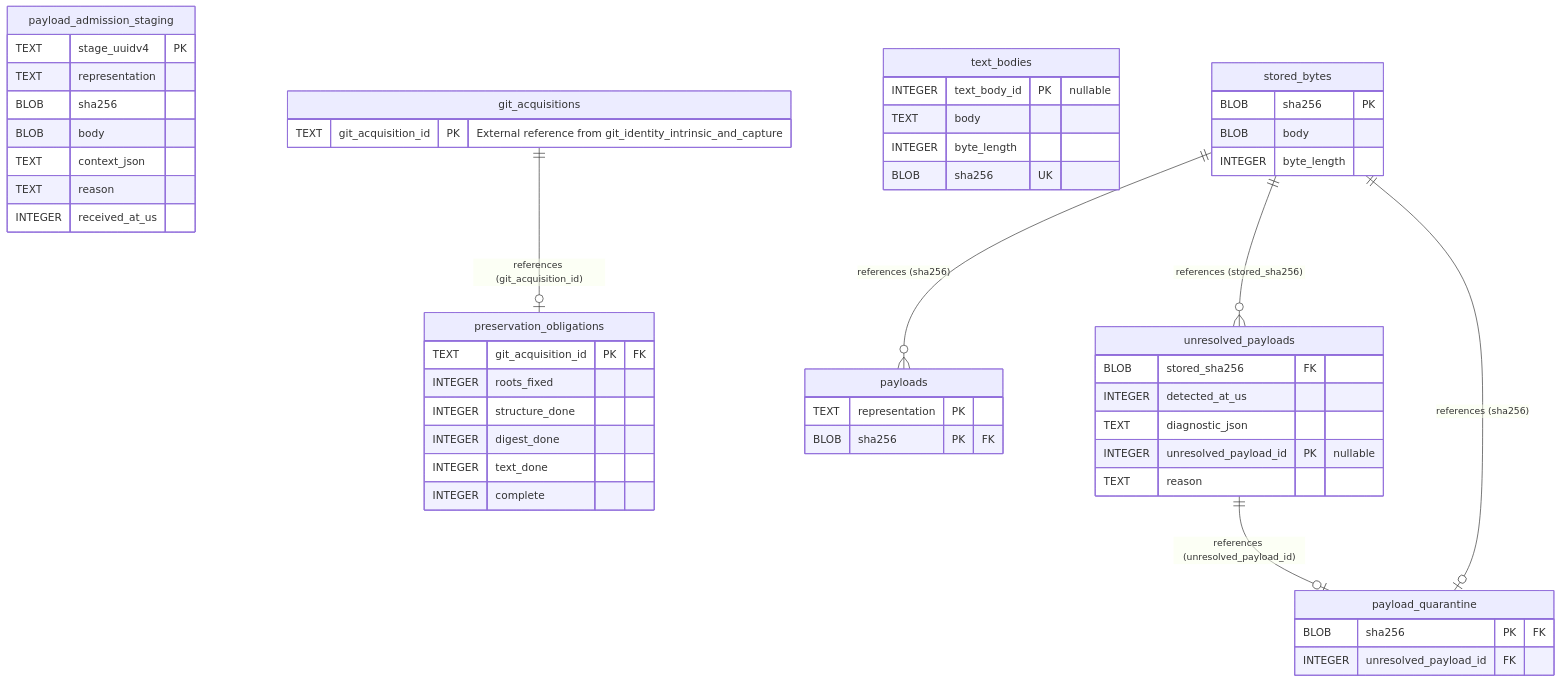
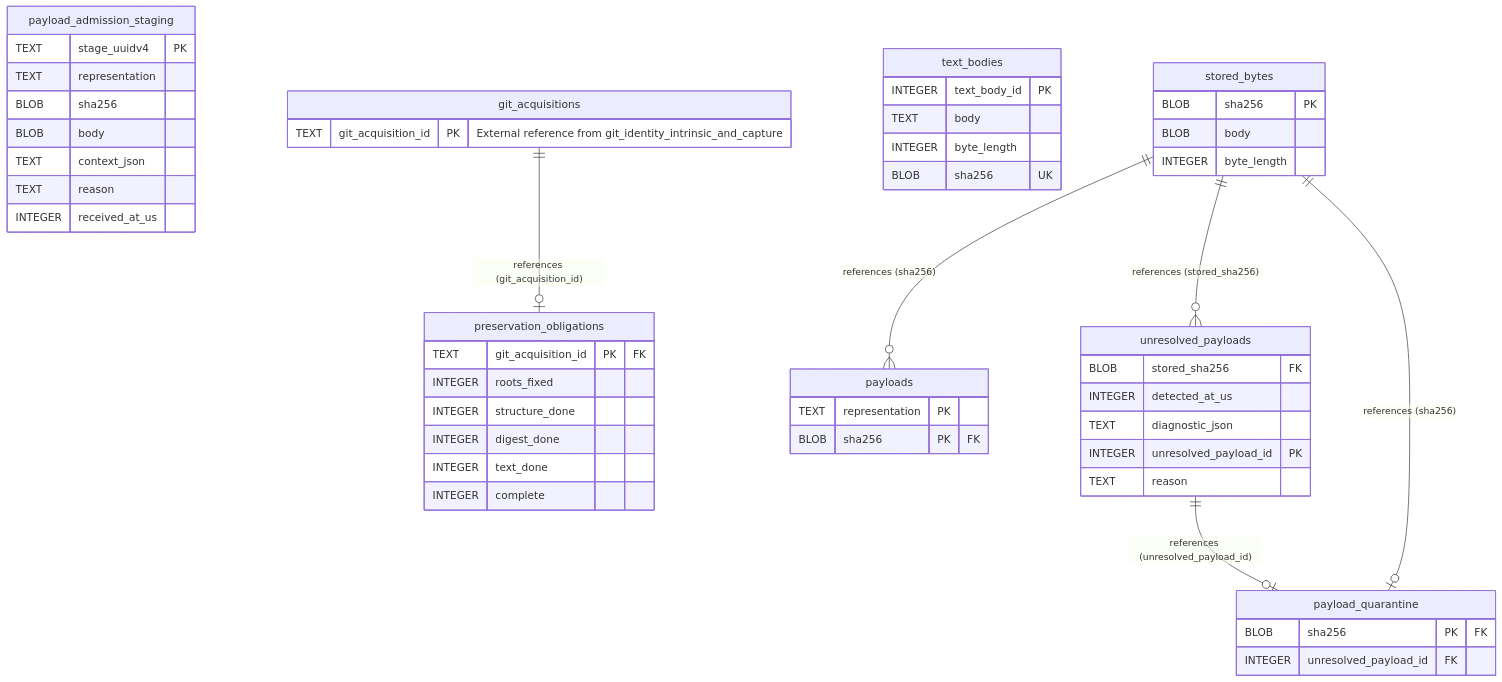
The diagram in docs/schema/mermaid/core-cas.md (TakashiSasaki/git-repo-db), drawn with Mermaid before and after one commit. The commit also changed 17 other files, not shown here.

First line of the commit message:
fix(schema): resolve generated columns, unique constraints, and mermaid cardinality defects (C1-C5)

````diff
--- a/docs/schema/mermaid/core-cas.md
+++ b/docs/schema/mermaid/core-cas.md
@@ -8,62 +8,62 @@
 ```mermaid
 erDiagram
     payload_admission_staging {
         TEXT stage_uuidv4 PK
         TEXT representation
         BLOB sha256
         BLOB body
         TEXT context_json
         TEXT reason
         INTEGER received_at_us
     }
 
     payload_quarantine {
         BLOB sha256 PK "FK"
         INTEGER unresolved_payload_id FK
     }
 
     payloads {
         TEXT representation PK
         BLOB sha256 PK "FK"
     }
 
     preservation_obligations {
         TEXT git_acquisition_id PK "FK"
         INTEGER roots_fixed
         INTEGER structure_done
         INTEGER digest_done
         INTEGER text_done
         INTEGER complete
     }
 
     stored_bytes {
         BLOB sha256 PK
         BLOB body
         INTEGER byte_length
     }
 
     text_bodies {
-        INTEGER text_body_id PK "nullable"
+        INTEGER text_body_id PK
         TEXT body
         INTEGER byte_length
         BLOB sha256 UK
     }
 
     unresolved_payloads {
         BLOB stored_sha256 FK
         INTEGER detected_at_us
         TEXT diagnostic_json
-        INTEGER unresolved_payload_id PK "nullable"
+        INTEGER unresolved_payload_id PK
         TEXT reason
     }
 
     git_acquisitions {
         TEXT git_acquisition_id PK "External reference from git_identity_intrinsic_and_capture"
     }
 
-    git_acquisitions ||--|o preservation_obligations : "references (git_acquisition_id)"
+    git_acquisitions ||--o| preservation_obligations : "references (git_acquisition_id)"
     stored_bytes ||--o{ payloads : "references (sha256)"
     stored_bytes ||--o{ unresolved_payloads : "references (stored_sha256)"
-    stored_bytes ||--|o payload_quarantine : "references (sha256)"
-    unresolved_payloads ||--|o payload_quarantine : "references (unresolved_payload_id)"
+    stored_bytes ||--o| payload_quarantine : "references (sha256)"
+    unresolved_payloads ||--o| payload_quarantine : "references (unresolved_payload_id)"
 ```
````
